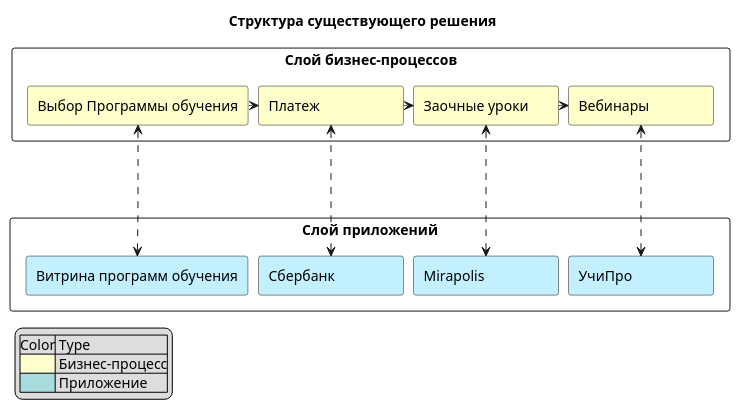
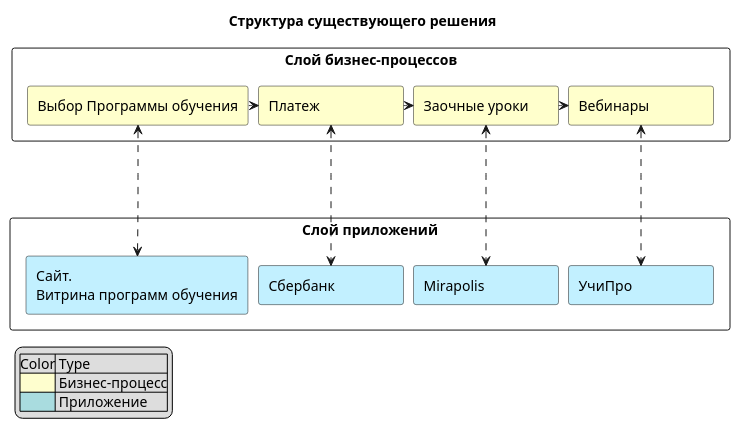
Before and after one commit to PortnovAlex80/node_js_pro: the diagram in api-warehouse/diagrams/medicomponentdia.iuml, drawn with PlantUML.

```diff
--- a/api-warehouse/diagrams/medicomponentdia.iuml
+++ b/api-warehouse/diagrams/medicomponentdia.iuml
@@ -1,38 +1,38 @@
 @startuml
 skinparam minClassWidth 125
 skinparam nodesep 10
 skinparam ranksep 10
 
 title "Структура существующего решения"
 
 rectangle "Слой приложений" {
 rectangle Mirapolis as MP   #Application 
 rectangle УчиПро as UPR #Application 
 rectangle Сбербанк as SBRPAY #Application
-rectangle "Витрина программ обучения" as SITE  #Application
+rectangle "Сайт. \nВитрина программ обучения" as SITE  #Application
 }
 
 rectangle "Слой бизнес-процессов" {
 rectangle "Заочные уроки" as OFFLINE #Business 
 rectangle "Вебинары" as WEBINAR #Business 
 rectangle "Платеж" as PAY #Business 
 rectangle "Выбор Программы обучения" as EDUPROG #Business
 }
 
 EDUPROG ...-Right....>  PAY 
 PAY ....-Right...>  OFFLINE 
 OFFLINE ....-Right...>  WEBINAR
 
 EDUPROG <.......> SITE  
 PAY <.......> SBRPAY
 OFFLINE <.......> MP
 WEBINAR <.......> UPR
 
 
 legend left
     |Color| Type |
     |<#FEFECE>| Бизнес-процесс|
     |<#A9DCDF>| Приложение|
 endlegend
 
 @enduml
```
